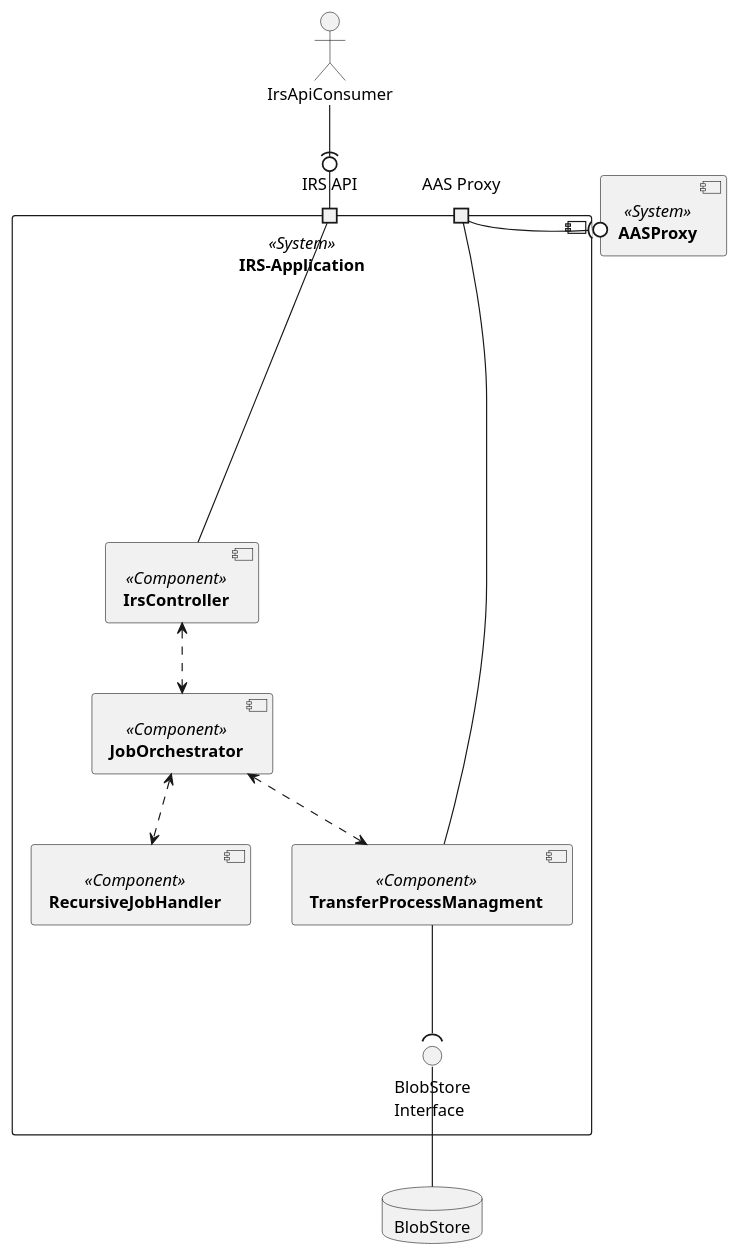
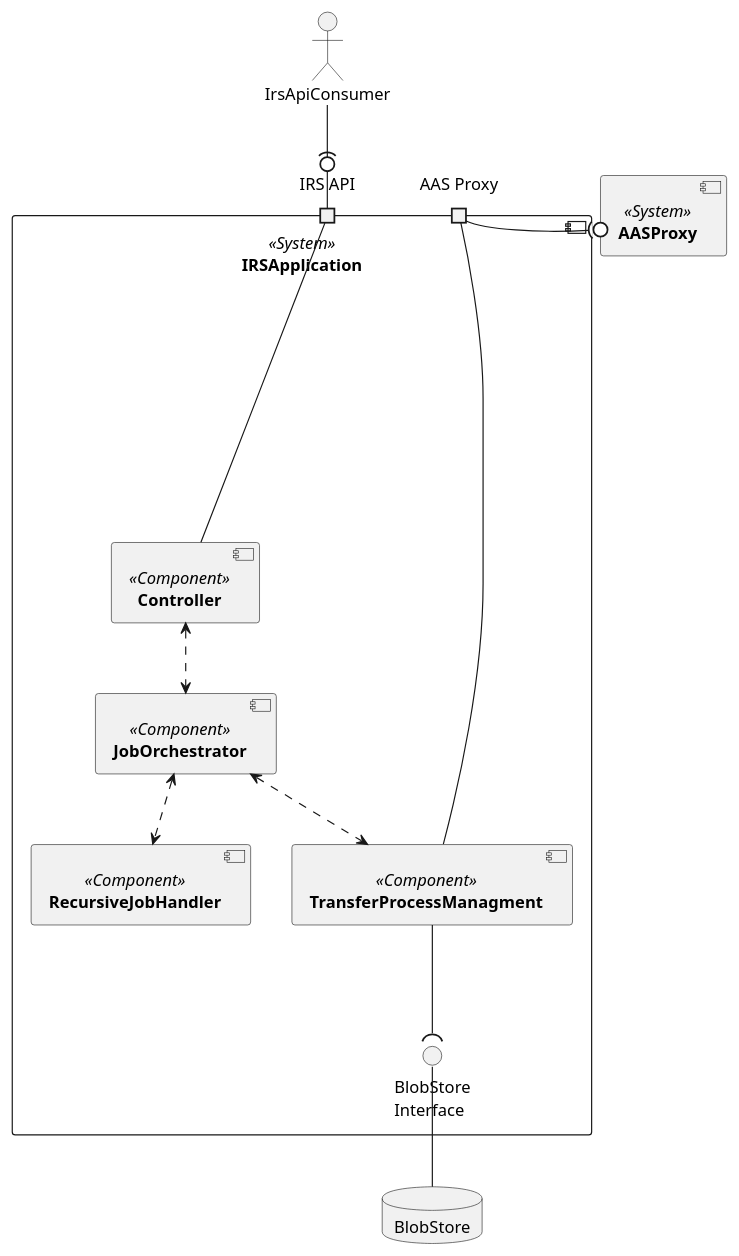
Before and after one commit to catenax-ng/product-item-relationship-service: the diagram in uml-diagramms/arc42/building-block-view/irs-component-diagram-Level1.puml, drawn with PlantUML. The commit also changed 4 other files, not shown here.

Commit message:
fix(uml):[TRI-392] update diagrams to current state

```diff
--- a/uml-diagramms/arc42/building-block-view/irs-component-diagram-Level1.puml
+++ b/uml-diagramms/arc42/building-block-view/irs-component-diagram-Level1.puml
@@ -1,42 +1,42 @@
 @startuml
 skinparam monochrome true
 skinparam shadowing false
 
- component [**IRS-Application**] <<System>> as IRS {
+ component [**IRSApplication**] <<System>> as IRS {
     component [**RecursiveJobHandler**] <<Component>> as RecursiveJobHandler
-    component [**IrsController**] <<Component>> as IrsController
+    component [**Controller**] <<Component>> as Controller
     component [**JobOrchestrator**] <<Component>> as JobOrchestrator
     component [**TransferProcessManagment**] <<Component>> as TransferProcessManagment
 
 
     'component [**AASClient**] <<Subsystem>> as AASClient
     'component [**AASFacade**] <<Subsystem>> as AASFacade
     'component [**SubmodelClient**] <<Subsystem>> as SubmodelClient
     'component [**SubmodelFacade**] <<Subsystem>> as SubmodelFacade ' --> Level2 View
 
     port "IRS API" as API_PORT
     port "AAS Proxy" as AAS_PORT
 
     () "BlobStore\nInterface" as StoreInterface
 
 
-    IrsController <..> JobOrchestrator
+    Controller <..> JobOrchestrator
     JobOrchestrator <..> TransferProcessManagment
     JobOrchestrator <..> RecursiveJobHandler
     TransferProcessManagment --( StoreInterface
 
 
 }
 component [**AASProxy**] <<System>> as AASProxy
 actor IrsApiConsumer
-IrsController -up- API_PORT
+Controller -up- API_PORT
 IrsApiConsumer -(0- API_PORT
 
 
 TransferProcessManagment --- AAS_PORT
 AAS_PORT -(0 AASProxy
 
 database "BlobStore" as BlobStore
 StoreInterface -down- BlobStore
 
 @enduml
```
